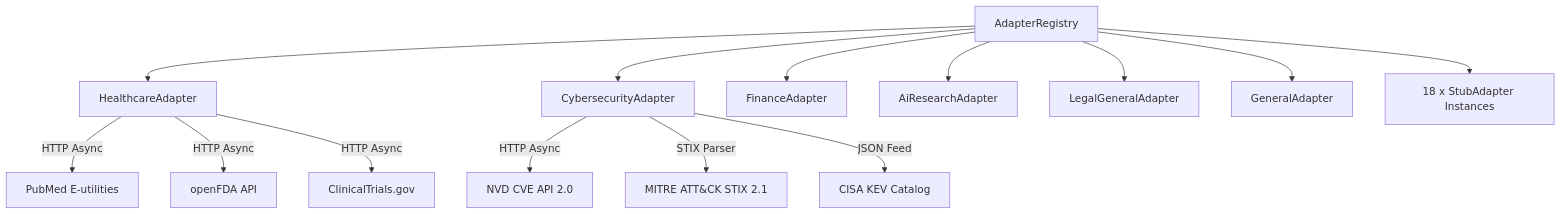
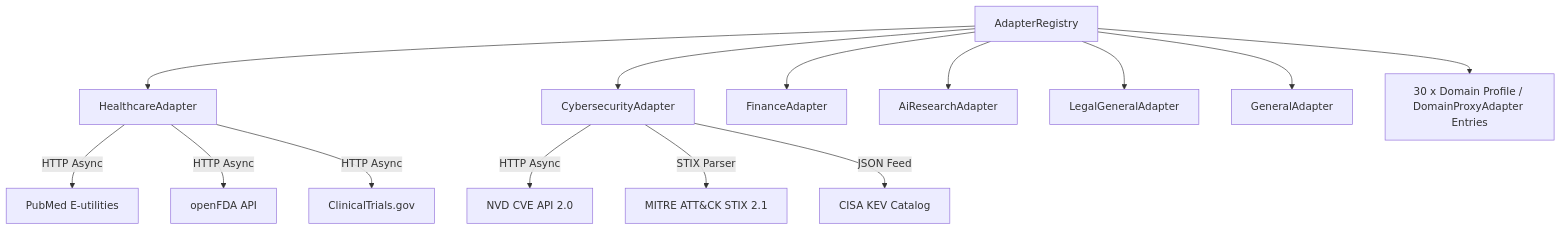
The fifth of 6 diagrams in agents/verifier_agent/VERIFIER_AGENT_TECHNICAL_DOCUMENTATION.md (Manju10092006/HalluciGuard), drawn with Mermaid before and after one commit. The commit also changed other lines of this file and 62 other files, not shown here.

````diff
--- a/agents/verifier_agent/VERIFIER_AGENT_TECHNICAL_DOCUMENTATION.md
+++ b/agents/verifier_agent/VERIFIER_AGENT_TECHNICAL_DOCUMENTATION.md
@@ -357,18 +357,18 @@
 ```mermaid
 graph TD
     Registry[AdapterRegistry] --> Healthcare[HealthcareAdapter]
     Registry --> Cybersecurity[CybersecurityAdapter]
     Registry --> Finance[FinanceAdapter]
     Registry --> AIResearch[AiResearchAdapter]
     Registry --> Legal[LegalGeneralAdapter]
     Registry --> General[GeneralAdapter]
-    Registry --> Stubs[18 x StubAdapter Instances]
+    Registry --> Profiles[30 x Domain Profile / DomainProxyAdapter Entries]
     
     Healthcare -->|HTTP Async| PubMed[PubMed E-utilities]
     Healthcare -->|HTTP Async| openFDA[openFDA API]
     Healthcare -->|HTTP Async| CT[ClinicalTrials.gov]
     
     Cybersecurity -->|HTTP Async| NVD[NVD CVE API 2.0]
     Cybersecurity -->|STIX Parser| MITRE[MITRE ATT&CK STIX 2.1]
     Cybersecurity -->|JSON Feed| CISA[CISA KEV Catalog]
 ```
````
